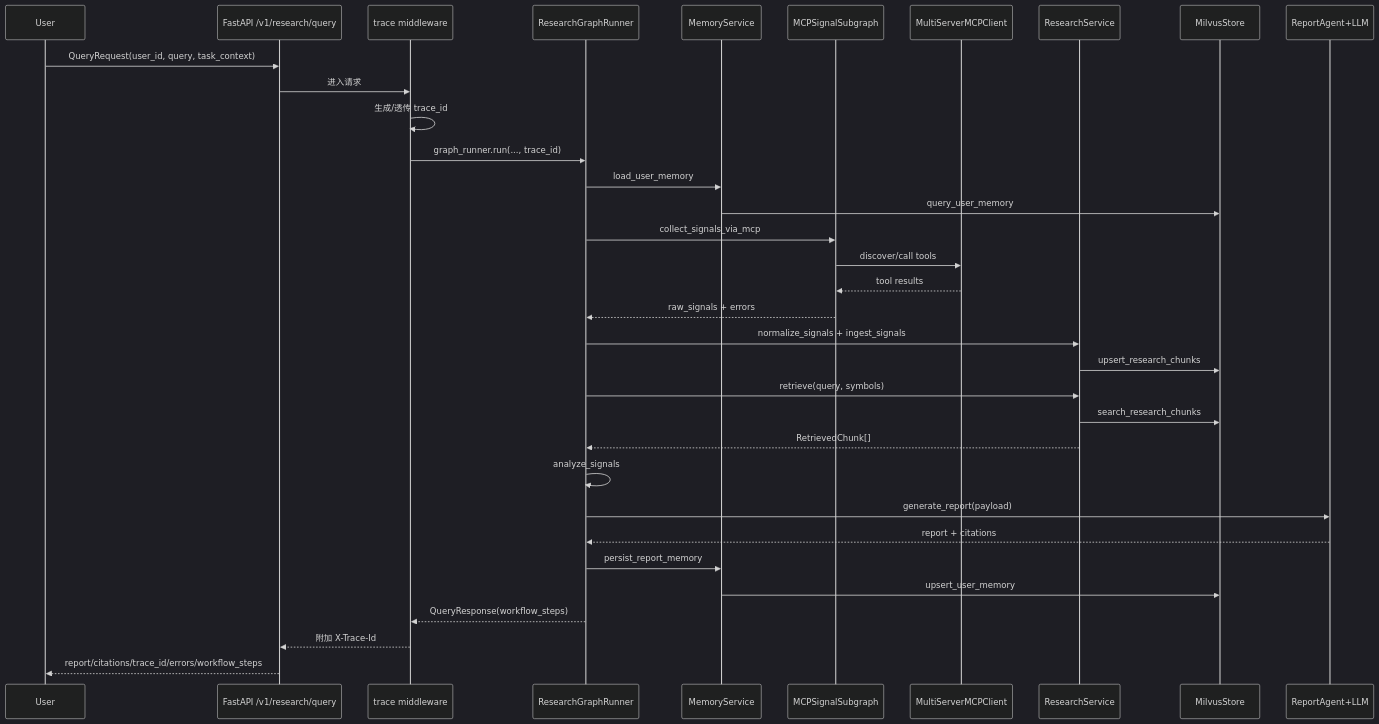
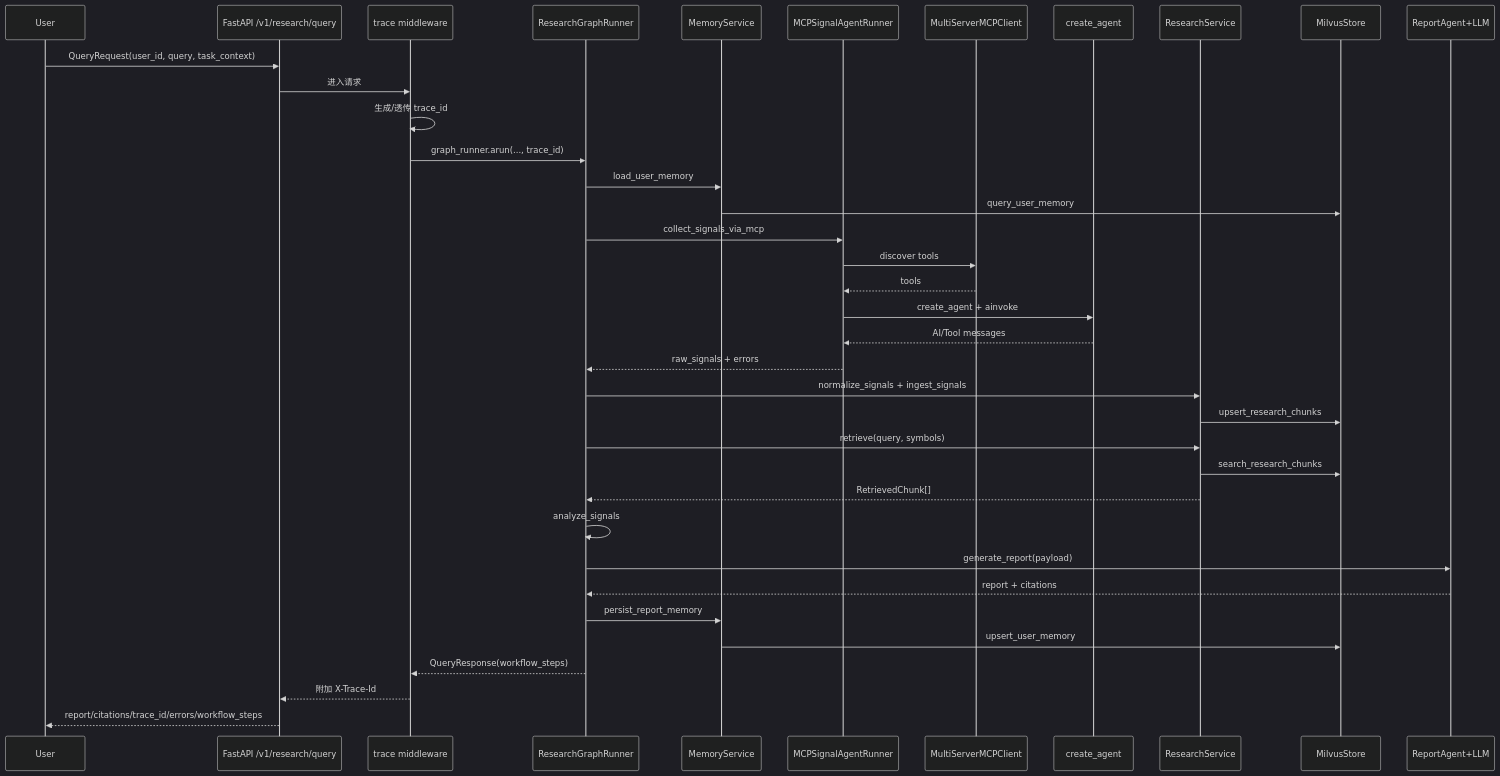
One commit to TeaBambooNGU/CryptoSignalAgent changed the diagram in docs/architecture.md. Above: the diagram before and after it, drawn with Mermaid (dark theme). The commit also changed other lines of this file and 14 other files, not shown here.

````diff
--- a/docs/architecture.md
+++ b/docs/architecture.md
@@ -112,37 +109,40 @@
 ```mermaid
 sequenceDiagram
     participant U as User
     participant API as FastAPI /v1/research/query
     participant MW as trace middleware
     participant G as ResearchGraphRunner
     participant MEM as MemoryService
-    participant MCP as MCPSignalSubgraph
+    participant MCP as MCPSignalAgentRunner
     participant ADP as MultiServerMCPClient
+    participant AG as create_agent
     participant RET as ResearchService
     participant MIL as MilvusStore
     participant LLM as ReportAgent+LLM
 
     U->>API: QueryRequest(user_id, query, task_context)
     API->>MW: 进入请求
     MW->>MW: 生成/透传 trace_id
-    MW->>G: graph_runner.run(..., trace_id)
+    MW->>G: graph_runner.arun(..., trace_id)
     G->>MEM: load_user_memory
     MEM->>MIL: query_user_memory
     G->>MCP: collect_signals_via_mcp
-    MCP->>ADP: discover/call tools
-    ADP-->>MCP: tool results
+    MCP->>ADP: discover tools
+    ADP-->>MCP: tools
+    MCP->>AG: create_agent + ainvoke
+    AG-->>MCP: AI/Tool messages
     MCP-->>G: raw_signals + errors
     G->>RET: normalize_signals + ingest_signals
     RET->>MIL: upsert_research_chunks
     G->>RET: retrieve(query, symbols)
     RET->>MIL: search_research_chunks
     RET-->>G: RetrievedChunk[]
     G->>G: analyze_signals
     G->>LLM: generate_report(payload)
     LLM-->>G: report + citations
     G->>MEM: persist_report_memory
     MEM->>MIL: upsert_user_memory
     G-->>MW: QueryResponse(workflow_steps)
     MW-->>API: 附加 X-Trace-Id
     API-->>U: report/citations/trace_id/errors/workflow_steps
 ```
````
